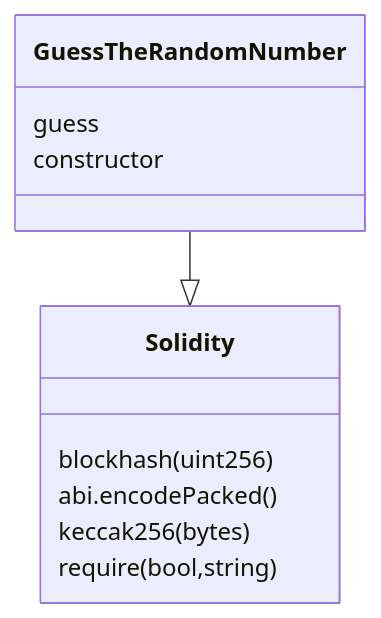
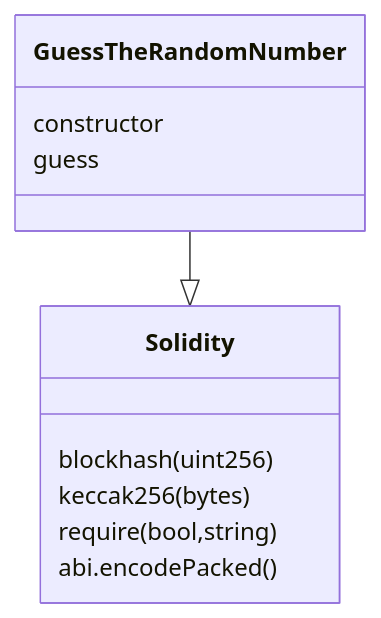
One commit to siksum/SafeDevAnalyzer changed the diagram in result/call_graph_results/call-graph.md. Above: the diagram before and after it, drawn with Mermaid. The commit also changed other lines of this file and 133 other files, not shown here.

````diff
--- a/result/call_graph_results/call-graph.md
+++ b/result/call_graph_results/call-graph.md
@@ -1,15 +1,15 @@
 ```mermaid
 classDiagram
 	class GuessTheRandomNumber{
+		constructor
 		guess
-		constructor
 	}
 	class Solidity{
 		blockhash(uint256)
-		abi.encodePacked()
 		keccak256(bytes)
 		require(bool,string)
+		abi.encodePacked()
 	}
 GuessTheRandomNumber --|> Solidity
 
 ```
````
